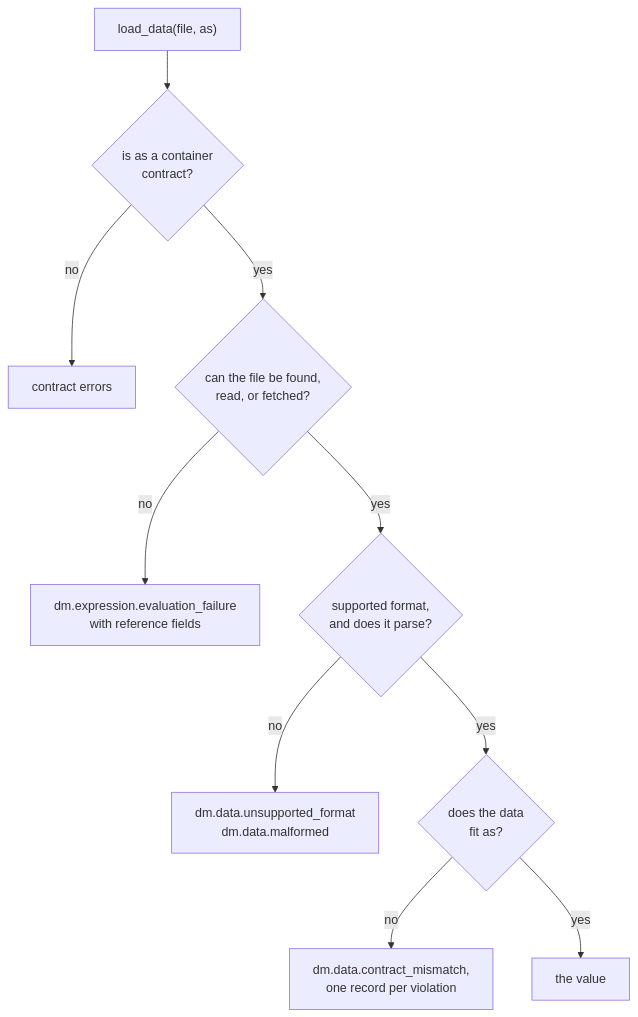
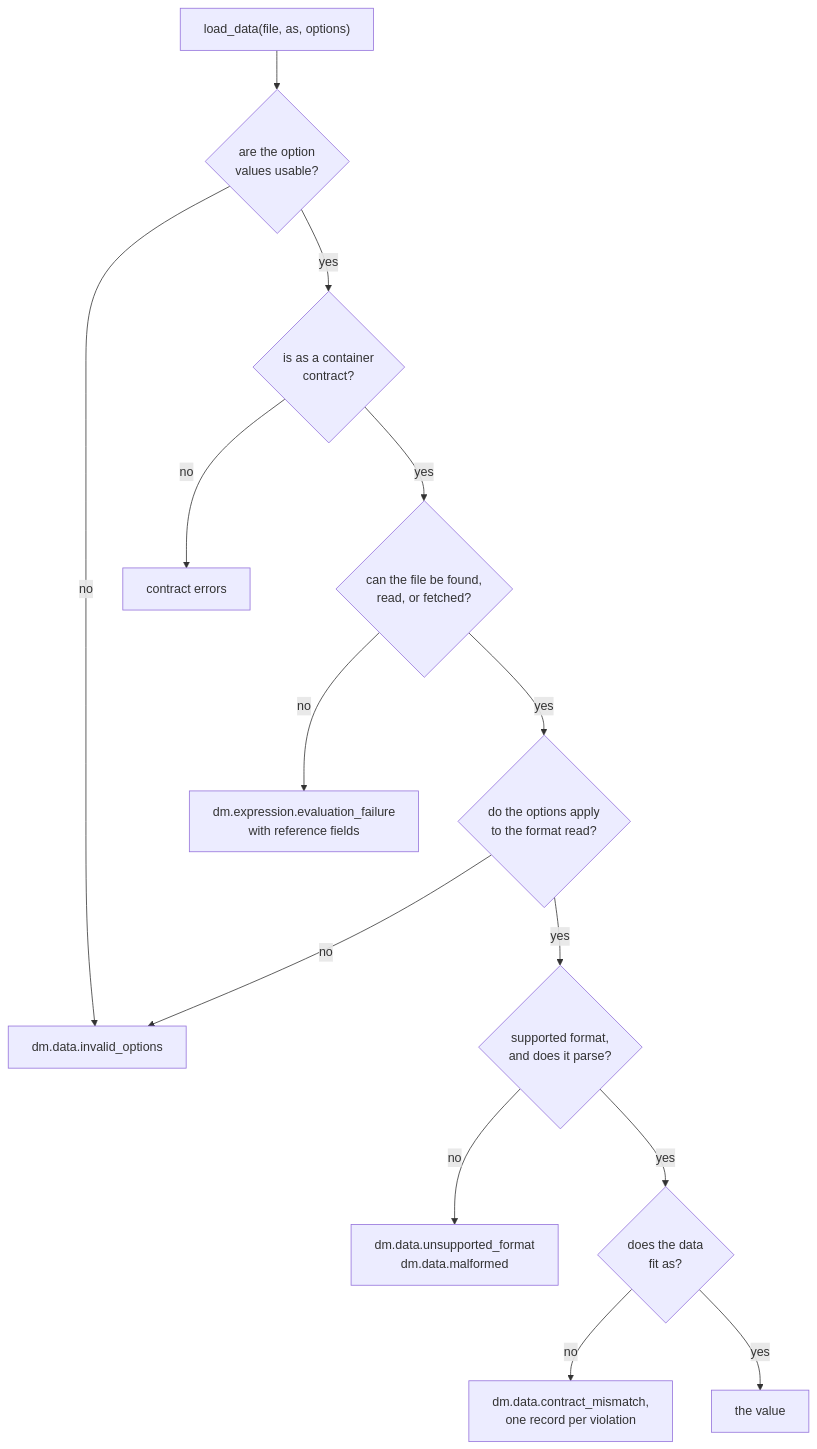
One commit to yankeeinlondon/rusty-biscuit changed the second of 2 diagrams in darkmatter/docs/cli/data-contracts.md. Above: the diagram before and after it, drawn with Mermaid. The commit also changed other lines of this file and 27 other files, not shown here.

First line of the commit message:
feat(darkmatter): complete tabular load_data options

````diff
--- a/darkmatter/docs/cli/data-contracts.md
+++ b/darkmatter/docs/cli/data-contracts.md
@@ -533,12 +536,16 @@
 ```mermaid
 flowchart TD
-    C["load_data(file, as)"] --> K{"is as a container<br/>contract?"}
+    C["load_data(file, as, options)"] --> O{"are the option<br/>values usable?"}
+    O -->|no| OE["dm.data.invalid_options"]
+    O -->|yes| K{"is as a container<br/>contract?"}
     K -->|no| KE["contract errors"]
     K -->|yes| F{"can the file be found,<br/>read, or fetched?"}
     F -->|no| FE["dm.expression.evaluation_failure<br/>with reference fields"]
-    F -->|yes| P{"supported format,<br/>and does it parse?"}
+    F -->|yes| A{"do the options apply<br/>to the format read?"}
+    A -->|no| OE
+    A -->|yes| P{"supported format,<br/>and does it parse?"}
     P -->|no| PE["dm.data.unsupported_format<br/>dm.data.malformed"]
     P -->|yes| M{"does the data<br/>fit as?"}
     M -->|no| ME["dm.data.contract_mismatch,<br/>one record per violation"]
     M -->|yes| V["the value"]
 ```
````
